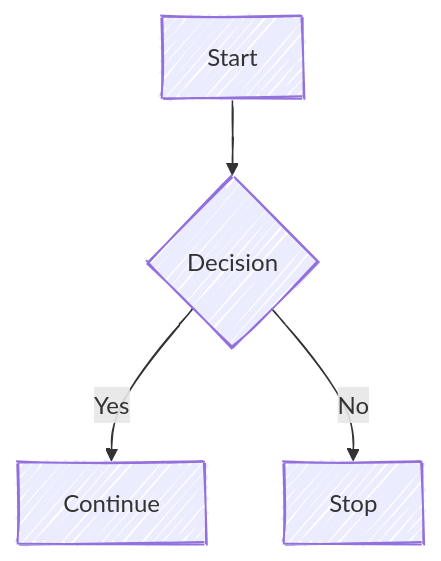
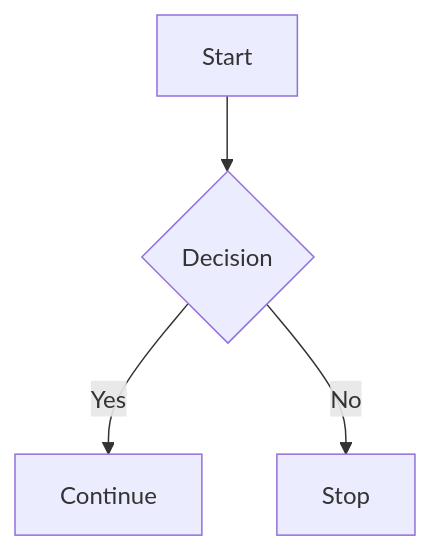
One commit to erikyao/erikyao.github.io changed the fourth of 4 diagrams in _posts/2025-04-01-config-mermaidjs-in-minimal-mistakes-theme.md. Above: the diagram before and after it, drawn with Mermaid. The commit also changed other lines of this file, not shown here.

````diff
--- a/_posts/2025-04-01-config-mermaidjs-in-minimal-mistakes-theme.md
+++ b/_posts/2025-04-01-config-mermaidjs-in-minimal-mistakes-theme.md
@@ -137,10 +133,6 @@
 ```mermaid
----
-config:
-  look: handDrawn
----
 flowchart TB
   A[Start] --> B{Decision}
   B -->|Yes| C[Continue]
   B -->|No| D[Stop]
 ```
````
